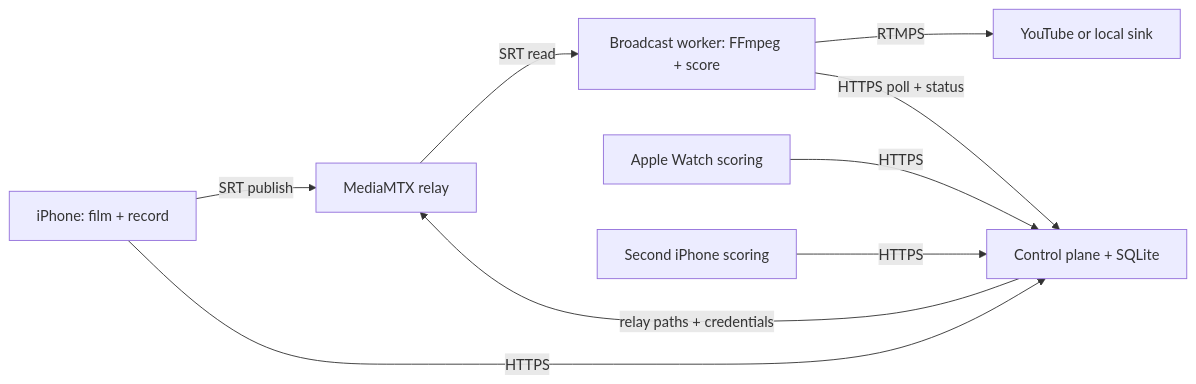
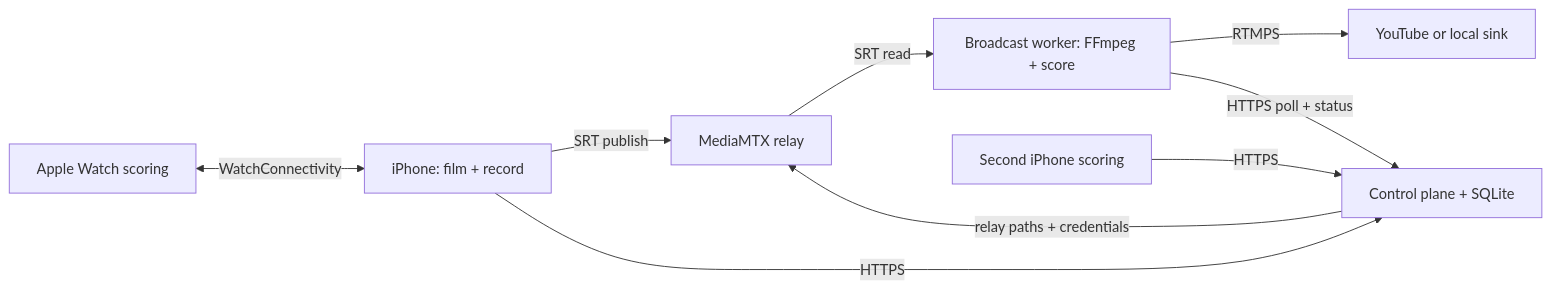
Before and after one commit to jdconley/scorebug: the diagram in docs/architecture.md, drawn with Mermaid. The commit also changed other lines of this file and 57 other files, not shown here.

First line of the commit message:
Clean up after the app redesign: Watch pairings, worker default, PHONE_TOKEN (#32)

````diff
--- a/docs/architecture.md
+++ b/docs/architecture.md
@@ -7,11 +7,11 @@
 ```mermaid
 flowchart LR
     Phone[iPhone: film + record] -->|SRT publish| Relay[MediaMTX relay]
     Relay -->|SRT read| Worker[Broadcast worker: FFmpeg + score]
     Worker -->|RTMPS| YouTube[YouTube or local sink]
     Phone -->|HTTPS| API[Control plane + SQLite]
-    Watch[Apple Watch scoring] -->|HTTPS| API
+    Watch[Apple Watch scoring] <-->|WatchConnectivity| Phone
     Scorer[Second iPhone scoring] -->|HTTPS| API
     Worker -->|HTTPS poll + status| API
     API -->|relay paths + credentials| Relay
 ```
````
